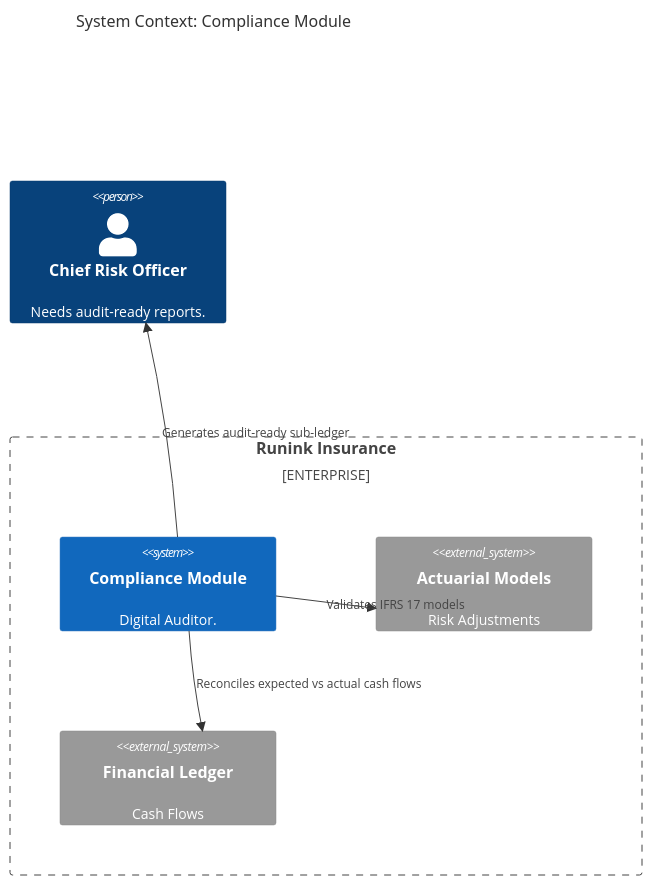
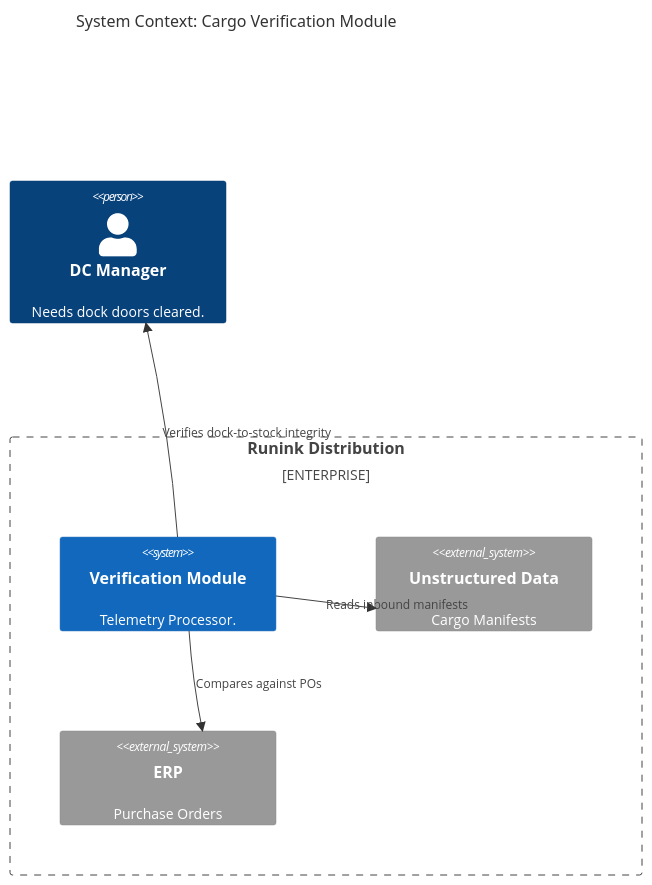
One commit to org-runink/site changed the diagram in content/use-cases/compliance.md. Above: the diagram before and after it, drawn with Mermaid. The commit also changed other lines of this file and 19 other files, not shown here.

```diff
--- a/content/use-cases/compliance.md
+++ b/content/use-cases/compliance.md
@@ -51,18 +48,17 @@
              <div class="mermaid">
              C4Context
-                title System Context: Compliance Module
+                title System Context: Cargo Verification Module
                 
-                Person(officer, "Chief Risk Officer", "Needs audit-ready reports.")
+                Person(manager, "DC Manager", "Needs dock doors cleared.")
                 
-                Enterprise_Boundary(b0, "Runink Insurance") {
-                    System(agent, "Compliance Module", "Digital Auditor.")
+                Enterprise_Boundary(b0, "Runink Distribution") {
+                    System(agent, "Verification Module", "Telemetry Processor.")
                     
-                    System_Ext(actuarial, "Actuarial Models", "Risk Adjustments")
-                    System_Ext(erp, "Financial Ledger", "Cash Flows")
+                    System_Ext(manifests, "Unstructured Data", "Cargo Manifests")
+                    System_Ext(erp, "ERP", "Purchase Orders")
                 }
 
-                Rel(agent, actuarial, "Validates IFRS 17 models")
-                Rel(agent, erp, "Reconciles expected vs actual cash flows")
-                Rel(agent, officer, "Alerts on compliance deviation")
-                Rel(agent, officer, "Generates audit-ready sub-ledger")
+                Rel(agent, manifests, "Reads inbound manifests")
+                Rel(agent, erp, "Compares against POs")
+                Rel(agent, manager, "Verifies dock-to-stock integrity")
              </div>
```
